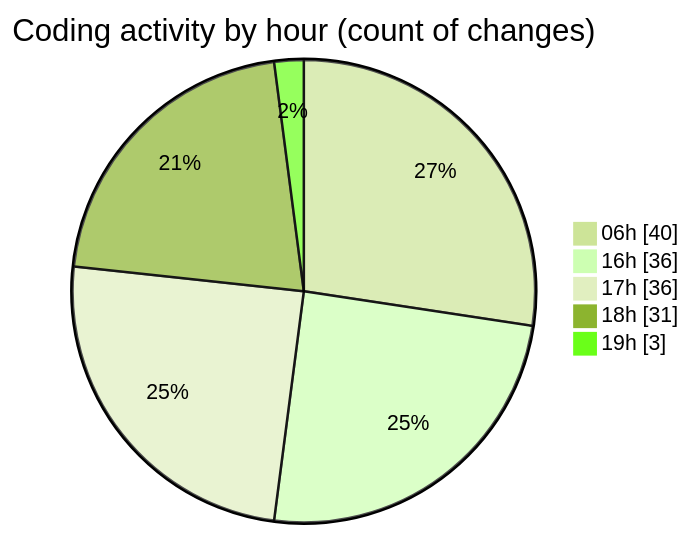
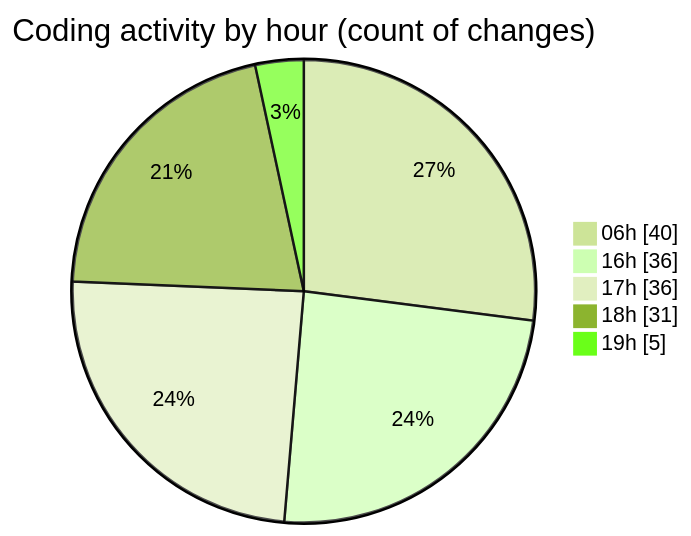
Before and after one commit to charlie-sans/code-tracking: the second of 2 diagrams in 2025-02-25/micros/README.md, drawn with Mermaid (forest theme). The commit also changed other lines of this file and 1 other file, not shown here.

````diff
--- a/2025-02-25/micros/README.md
+++ b/2025-02-25/micros/README.md
@@ -75,9 +75,9 @@
 ```mermaid
 pie showData
 title Coding activity by hour (count of changes)
 "06h" : 40
 "16h" : 36
 "17h" : 36
 "18h" : 31
-"19h" : 3
+"19h" : 5
 ```
````
